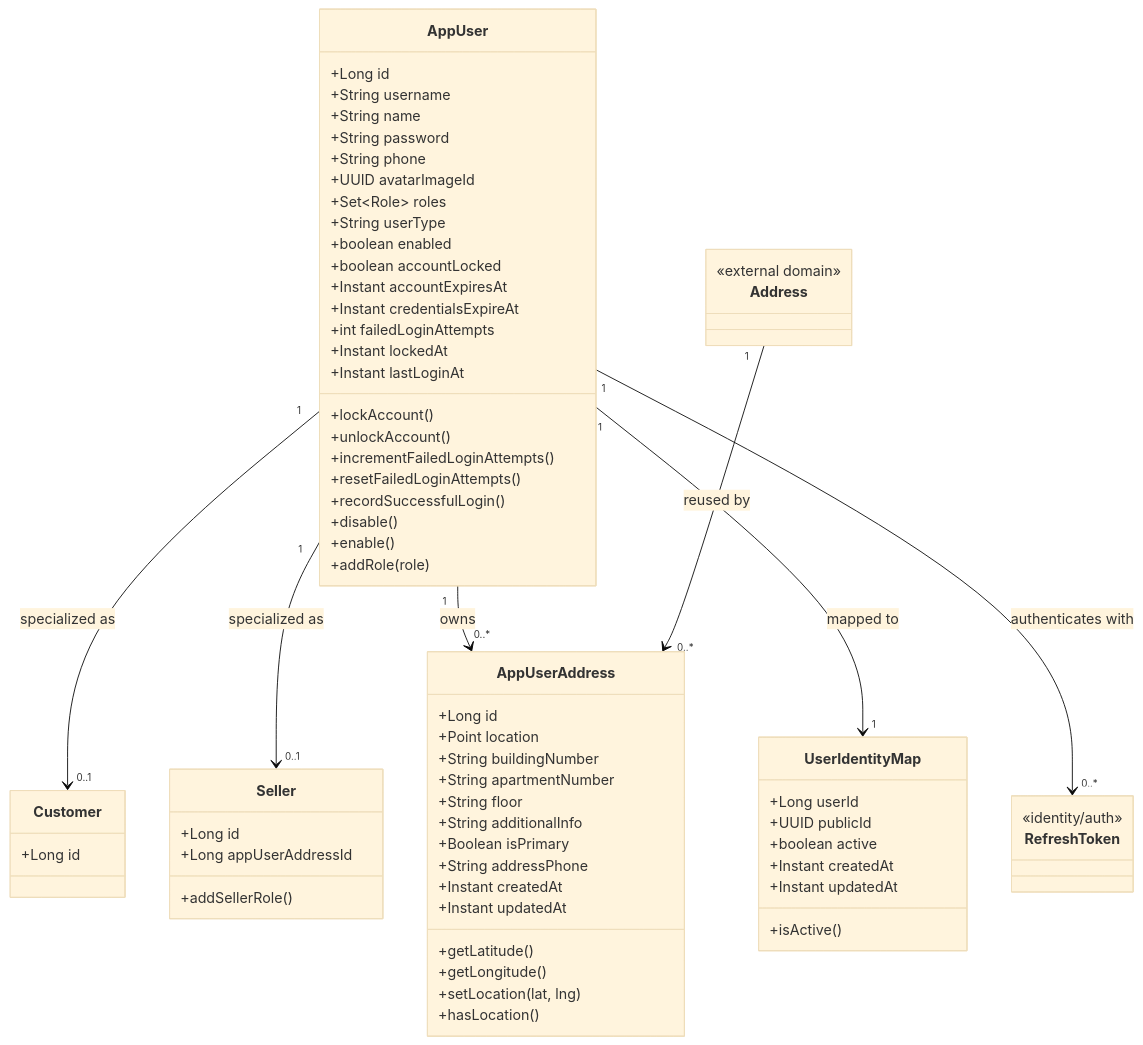
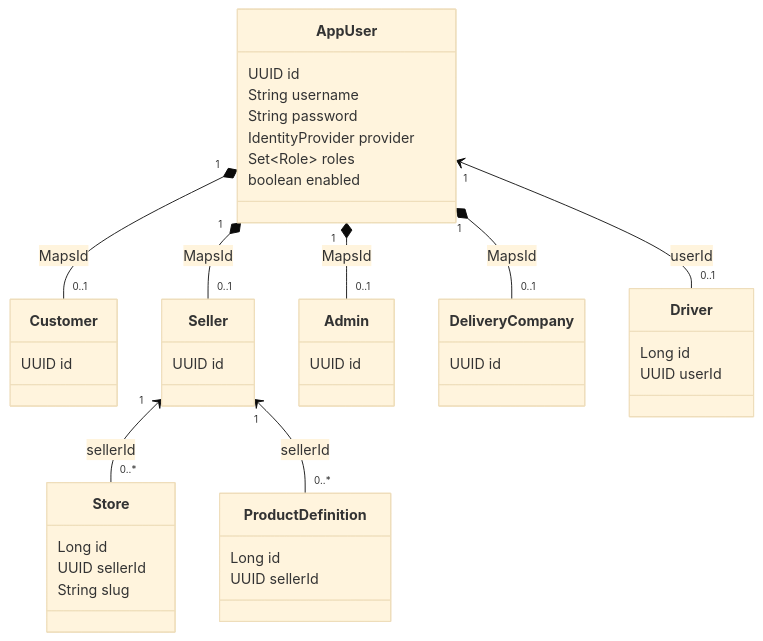
The first of 3 diagrams in documentation/01-app-user-uml.md (mohammadAlhajeen/bun_commerce-public), drawn with Mermaid (base theme) before and after one commit. The commit also changed other lines of this file and 29 other files, not shown here.

````diff
--- a/documentation/01-app-user-uml.md
+++ b/documentation/01-app-user-uml.md
@@ -5,79 +5,36 @@
 ```mermaid
 classDiagram
     class AppUser {
-        +Long id
-        +String username
-        +String name
-        +String password
-        +String phone
-        +UUID avatarImageId
-        +Set~Role~ roles
-        +String userType
-        +boolean enabled
-        +boolean accountLocked
-        +Instant accountExpiresAt
-        +Instant credentialsExpireAt
-        +int failedLoginAttempts
-        +Instant lockedAt
-        +Instant lastLoginAt
-        +lockAccount()
-        +unlockAccount()
-        +incrementFailedLoginAttempts()
-        +resetFailedLoginAttempts()
-        +recordSuccessfulLogin()
-        +disable()
-        +enable()
-        +addRole(role)
+        UUID id
+        String username
+        String password
+        IdentityProvider provider
+        Set~Role~ roles
+        boolean enabled
+    }
+    class Customer { UUID id }
+    class Seller { UUID id }
+    class Admin { UUID id }
+    class DeliveryCompany { UUID id }
+    class Driver {
+        Long id
+        UUID userId
+    }
+    class Store {
+        Long id
+        UUID sellerId
+        String slug
+    }
+    class ProductDefinition {
+        Long id
+        UUID sellerId
     }
 
-    class Customer {
-        +Long id
-    }
-
-    class Seller {
-        +Long id
-        +Long appUserAddressId
-        +addSellerRole()
-    }
-
-    class AppUserAddress {
-        +Long id
-        +Point location
-        +String buildingNumber
-        +String apartmentNumber
-        +String floor
-        +String additionalInfo
-        +Boolean isPrimary
-        +String addressPhone
-        +Instant createdAt
-        +Instant updatedAt
-        +getLatitude()
-        +getLongitude()
-        +setLocation(lat, lng)
-        +hasLocation()
-    }
-
-    class Address {
-        <<external domain>>
-    }
-
-    class UserIdentityMap {
-        +Long userId
-        +UUID publicId
-        +boolean active
-        +Instant createdAt
-        +Instant updatedAt
-        +isActive()
-    }
-
-    class RefreshToken {
-        <<identity/auth>>
-    }
-
-    AppUser "1" --> "0..1" Customer : specialized as
-    AppUser "1" --> "0..1" Seller : specialized as
-    AppUser "1" --> "0..*" AppUserAddress : owns
-    Address "1" --> "0..*" AppUserAddress : reused by
-    AppUser "1" --> "1" UserIdentityMap : mapped to
-    AppUser "1" --> "0..*" RefreshToken : authenticates with
+    AppUser "1" *-- "0..1" Customer : MapsId
+    AppUser "1" *-- "0..1" Seller : MapsId
+    AppUser "1" *-- "0..1" Admin : MapsId
+    AppUser "1" *-- "0..1" DeliveryCompany : MapsId
+    AppUser "1" <-- "0..1" Driver : userId
+    Seller "1" <-- "0..*" Store : sellerId
+    Seller "1" <-- "0..*" ProductDefinition : sellerId
 ```
````
